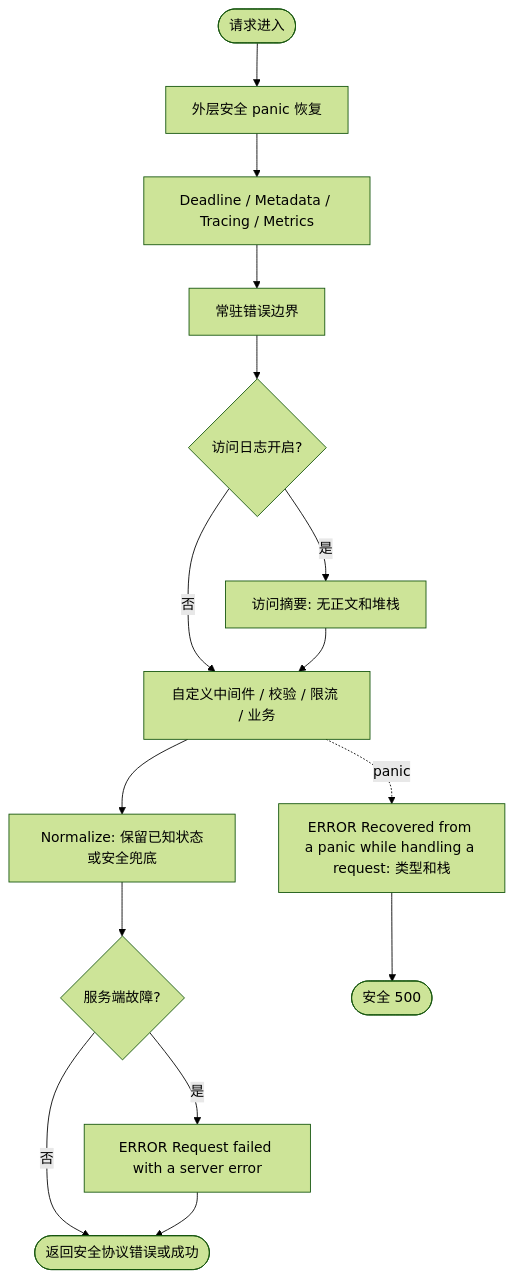
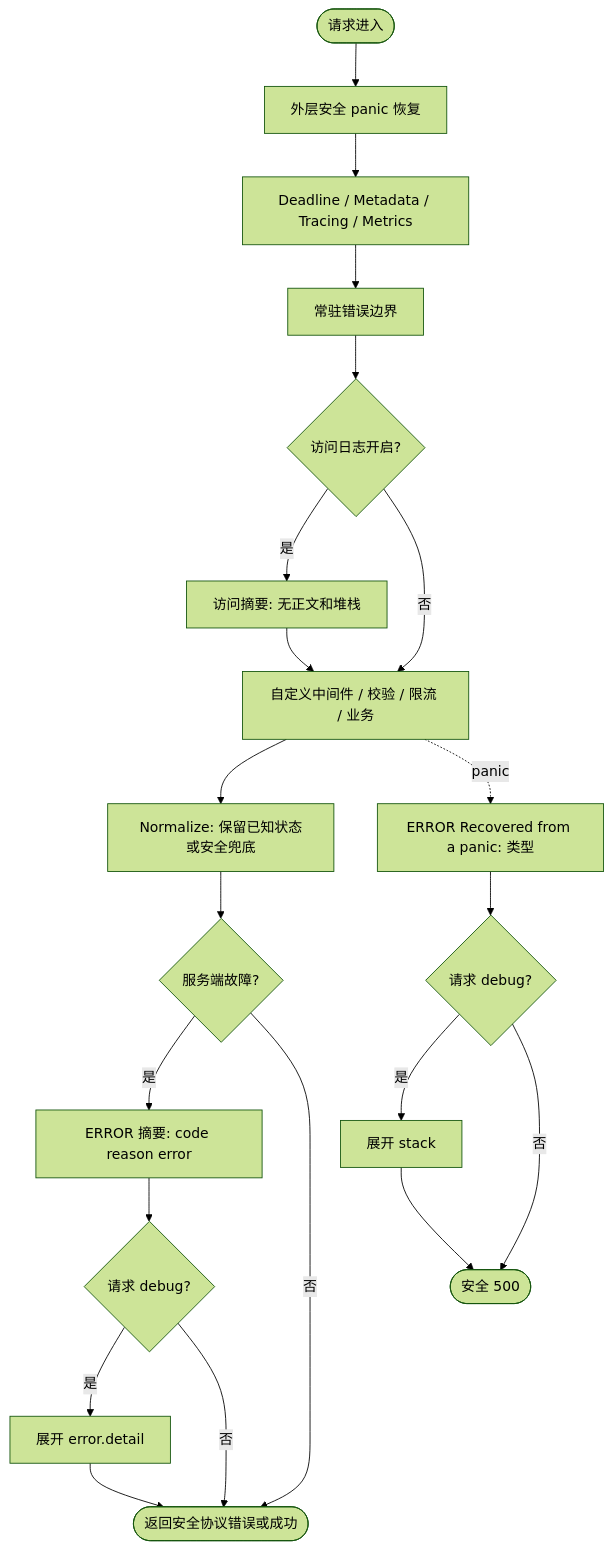
The ninth of 9 diagrams in pkg/server/README.md (jaggerzhuang1994/kratos-foundation), drawn with Mermaid (forest theme) before and after one commit. The commit also changed other lines of this file and 122 other files, not shown here.

````diff
--- a/pkg/server/README.md
+++ b/pkg/server/README.md
@@ -341,17 +348,24 @@
 ```mermaid
 flowchart TD
     A([请求进入]) --> B[外层安全 panic 恢复]
     B --> C[Deadline / Metadata / Tracing / Metrics]
     C --> D[常驻错误边界]
     D --> E{访问日志开启?}
     E -- 是 --> F[访问摘要: 无正文和堆栈]
     E -- 否 --> G[自定义中间件 / 校验 / 限流 / 业务]
     F --> G
     G --> H[Normalize: 保留已知状态或安全兜底]
     H --> I{服务端故障?}
-    I -- 是 --> J[ERROR Request failed with a server error]
+    I -- 是 --> J[ERROR 摘要: code reason error]
     I -- 否 --> K([返回安全协议错误或成功])
-    J --> K
-    G -. panic .-> L[ERROR Recovered from a panic while handling a request: 类型和栈]
-    L --> M([安全 500])
+    J --> N{请求 debug?}
+    N -- 是 --> O[展开 error.detail]
+    N -- 否 --> K
+    O --> K
+    G -. panic .-> L[ERROR Recovered from a panic: 类型]
+    L --> P{请求 debug?}
+    P -- 是 --> Q[展开 stack]
+    P -- 否 --> M
+    Q --> M
+    M([安全 500])
 ```
````
